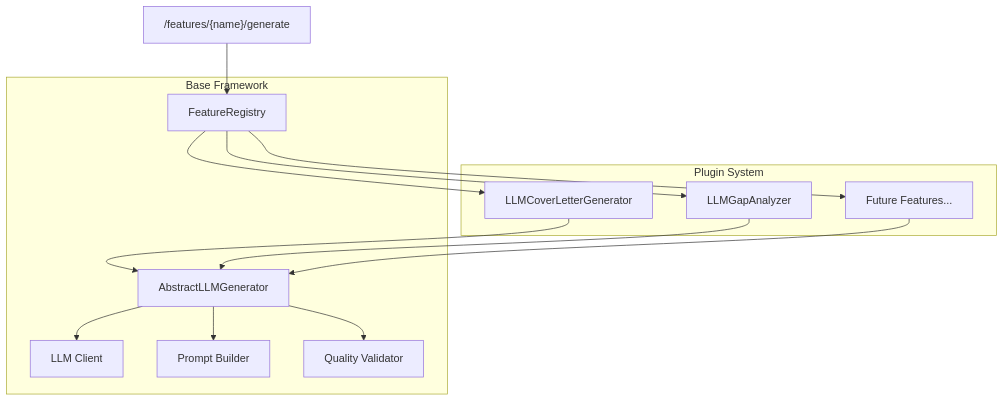
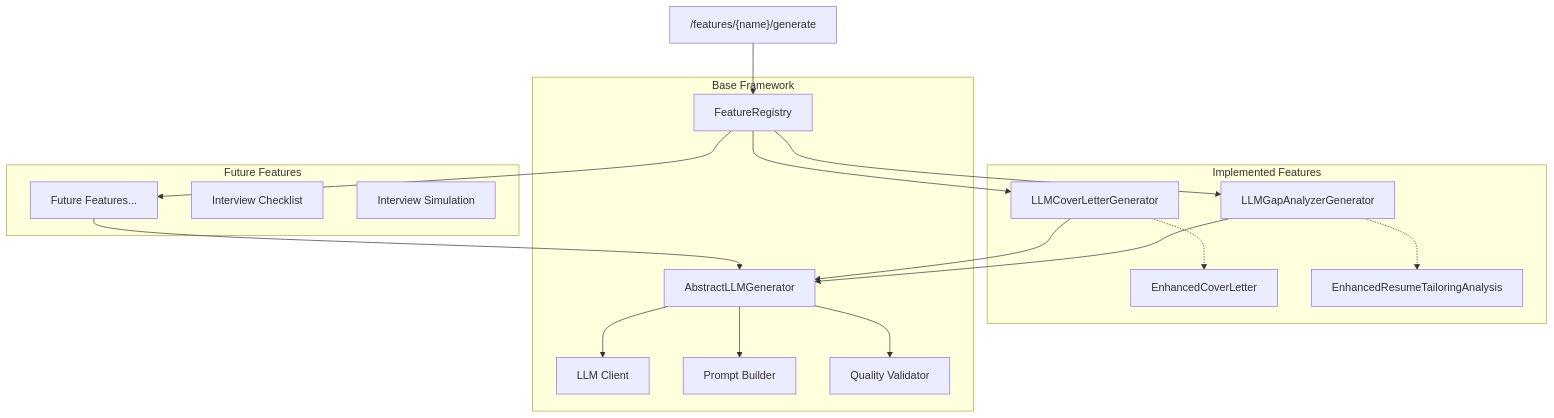
The second of 3 diagrams in docs/architecture/overview.md (Maskedxxx/refactor_gpt_4_mini_hackaton_final), drawn with Mermaid before and after one commit. The commit also changed other lines of this file and 5 other files, not shown here.

First line of the commit message:
docs: обновить документацию для LLM Gap Analyzer фичи

````diff
--- a/docs/architecture/overview.md
+++ b/docs/architecture/overview.md
@@ -48,29 +50,36 @@
 ```mermaid
 graph TB
     API["/features/{name}/generate"] --> Registry[FeatureRegistry]
     Registry --> CoverLetter[LLMCoverLetterGenerator]
-    Registry --> GapAnalyzer[LLMGapAnalyzer]
+    Registry --> GapAnalyzer[LLMGapAnalyzerGenerator]
     Registry --> Future[Future Features...]
     
     CoverLetter --> Base[AbstractLLMGenerator]
     GapAnalyzer --> Base
     Future --> Base
     
     Base --> LLM[LLM Client]
     Base --> Prompt[Prompt Builder]
     Base --> Validator[Quality Validator]
     
-    subgraph "Plugin System"
+    subgraph "Implemented Features"
         CoverLetter
-        GapAnalyzer 
-        Future
+        GapAnalyzer
+        CoverLetter -.-> CL_Model[EnhancedCoverLetter]
+        GapAnalyzer -.-> GA_Model[EnhancedResumeTailoringAnalysis]
     end
     
     subgraph "Base Framework"
         Base
         Registry
         LLM
         Prompt
         Validator
     end
+    
+    subgraph "Future Features"
+        Future
+        Interview[Interview Checklist]
+        Simulation[Interview Simulation]
+    end
 ```
````
